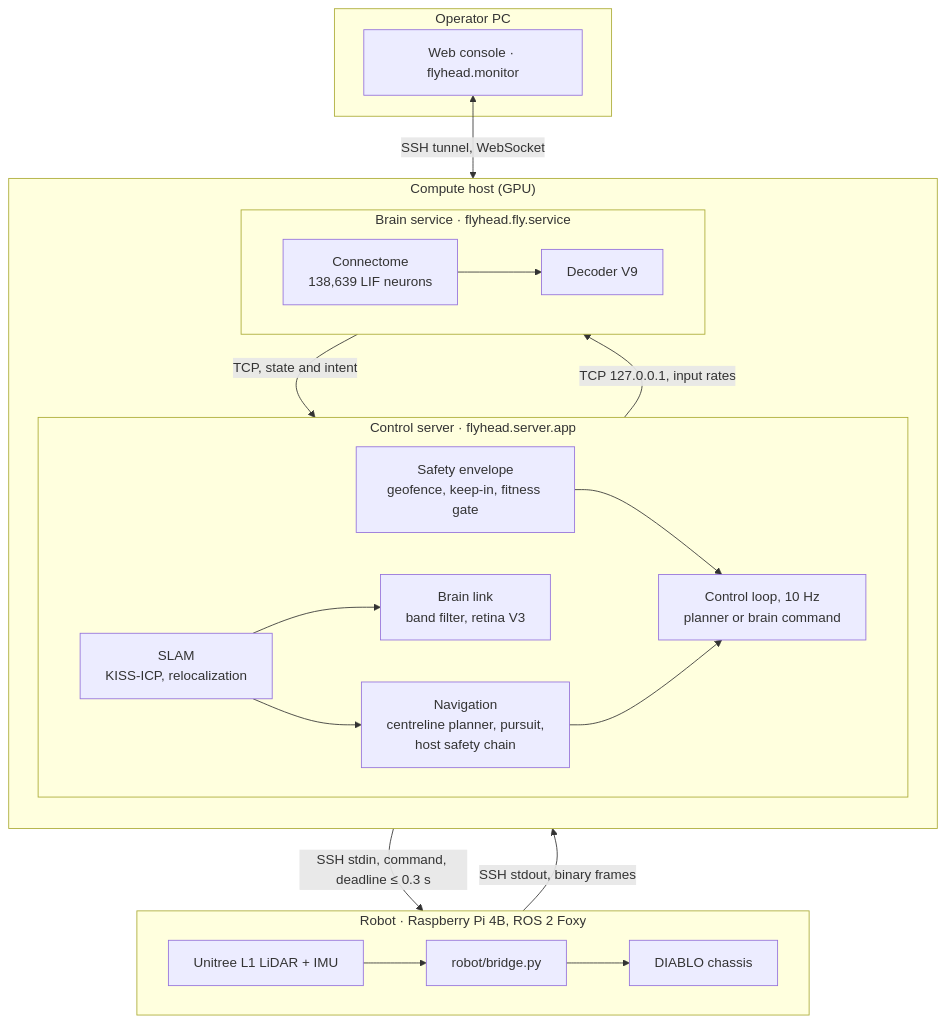
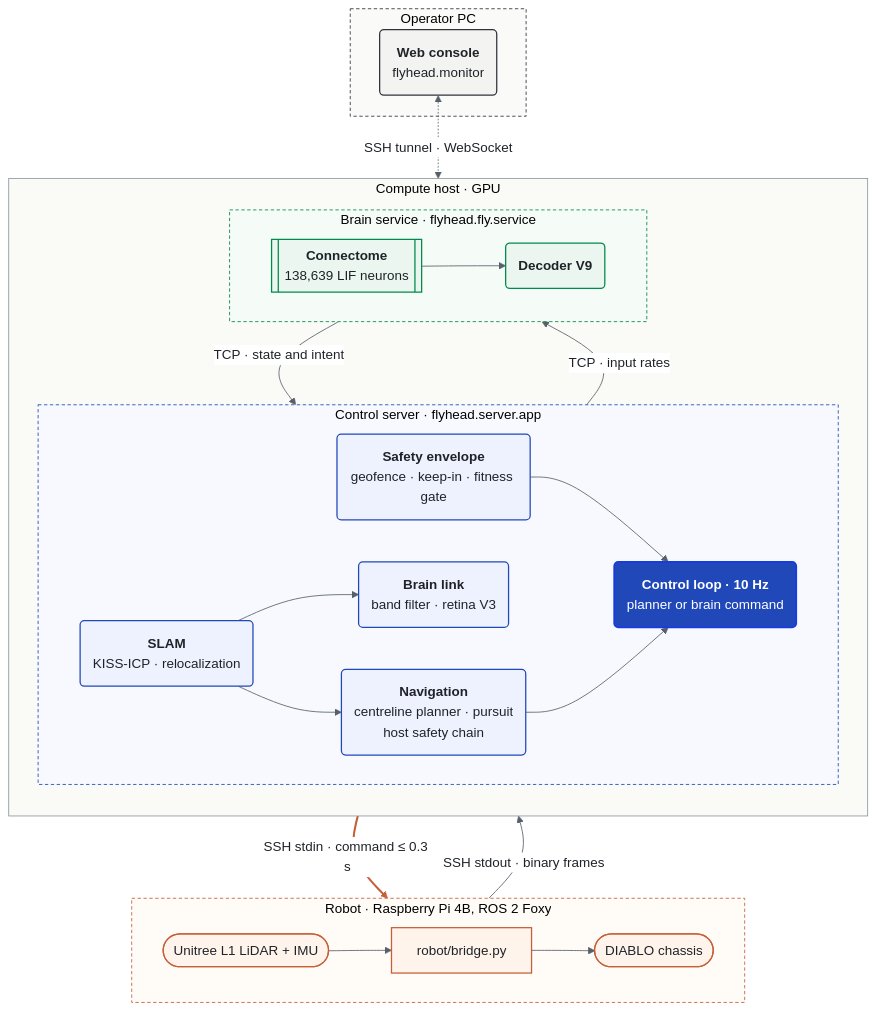
One commit to 12sqawdwq/FlyHead changed the first of 2 diagrams in README.md. Above: the diagram before and after it, drawn with Mermaid. The commit also changed other lines of this file and 1 other file, not shown here.

Commit message:
README: styled Mermaid diagrams
- deployment flowchart: tier colours (robot terracotta, control server cobalt, GPU brain green,
  operator PC charcoal), dashed tier frames, shapes by role (hardware, software, GPU compute),
  the control loop as the key node and the leased command path highlighted
- decision-window sequence: numbered steps, coloured participant groups and three shaded phases
  (perception and encoding, connectome on the GPU, gating and execution)
- the same in README.zh-CN.md; checked with Mermaid 11

````diff
--- a/README.md
+++ b/README.md
@@ -220,29 +220,47 @@
 ```mermaid
+%%{init: {'theme': 'base', 'themeVariables': {'primaryColor': '#EEF2FF', 'primaryBorderColor': '#2148B8', 'primaryTextColor': '#1F2328', 'lineColor': '#57606A', 'clusterBkg': '#FAFAF7', 'clusterBorder': '#D0D7DE', 'edgeLabelBackground': '#FFFFFF', 'actorBkg': '#FFFFFF', 'actorBorder': '#57606A', 'signalColor': '#57606A', 'signalTextColor': '#1F2328', 'noteBkgColor': '#FFF4EC', 'noteBorderColor': '#C65F38', 'sequenceNumberColor': '#FFFFFF'}}}%%
 flowchart TB
     subgraph BOT["Robot · Raspberry Pi 4B, ROS 2 Foxy"]
         direction LR
-        SENS["Unitree L1 LiDAR + IMU"] --> BR["robot/bridge.py"] --> CH["DIABLO chassis"]
+        SENS(["Unitree L1 LiDAR + IMU"]) --> BR["robot/bridge.py"] --> CH(["DIABLO chassis"])
     end
-    subgraph HOST["Compute host (GPU)"]
+    subgraph HOST["Compute host · GPU"]
         direction TB
         subgraph SRV["Control server · flyhead.server.app"]
             direction LR
-            SLAM["SLAM<br/>KISS-ICP, relocalization"] --> NAV["Navigation<br/>centreline planner, pursuit,<br/>host safety chain"]
-            SLAM --> LINK["Brain link<br/>band filter, retina V3"]
-            ENV["Safety envelope<br/>geofence, keep-in, fitness gate"] --> CTRL["Control loop, 10 Hz<br/>planner or brain command"]
+            SLAM("<b>SLAM</b><br/>KISS-ICP · relocalization") --> NAV("<b>Navigation</b><br/>centreline planner · pursuit<br/>host safety chain")
+            SLAM --> LINK("<b>Brain link</b><br/>band filter · retina V3")
+            ENV("<b>Safety envelope</b><br/>geofence · keep-in · fitness gate") --> CTRL("<b>Control loop · 10 Hz</b><br/>planner or brain command")
             NAV --> CTRL
         end
         subgraph SVC["Brain service · flyhead.fly.service"]
             direction LR
-            CON["Connectome<br/>138,639 LIF neurons"] --> DEC["Decoder V9"]
+            CON[["<b>Connectome</b><br/>138,639 LIF neurons"]] --> DEC("<b>Decoder V9</b>")
         end
     end
     subgraph PC["Operator PC"]
-        UI["Web console · flyhead.monitor"]
+        UI("<b>Web console</b><br/>flyhead.monitor")
     end
-    BR -->|"SSH stdout, binary frames"| SLAM
-    LINK -->|"TCP 127.0.0.1, input rates"| CON
-    DEC -->|"TCP, state and intent"| ENV
-    CTRL -->|"SSH stdin, command, deadline ≤ 0.3 s"| BR
-    UI <-->|"SSH tunnel, WebSocket"| CTRL
+    BR -->|"SSH stdout · binary frames"| SLAM
+    LINK -->|"TCP · input rates"| CON
+    DEC -->|"TCP · state and intent"| ENV
+    CTRL ==>|"SSH stdin · command ≤ 0.3 s"| BR
+    UI <-.->|"SSH tunnel · WebSocket"| CTRL
+
+    classDef robot fill:#FFF4EC,stroke:#C65F38,stroke-width:1.5px,color:#1F2328
+    classDef server fill:#EEF2FF,stroke:#2148B8,stroke-width:1.5px,color:#1F2328
+    classDef brain fill:#EAF6EF,stroke:#008A4B,stroke-width:1.5px,color:#1F2328
+    classDef pc fill:#F3F3F1,stroke:#30343A,stroke-width:1.5px,color:#1F2328
+    classDef key fill:#2148B8,stroke:#173AE3,stroke-width:2px,color:#FFFFFF
+    class SENS,BR,CH robot
+    class SLAM,NAV,LINK,ENV server
+    class CTRL key
+    class CON,DEC brain
+    class UI pc
+    style BOT fill:#FFFBF7,stroke:#C65F38,stroke-dasharray:4 3
+    style HOST fill:#FAFAF7,stroke:#8C959F
+    style SRV fill:#F7F9FF,stroke:#2148B8,stroke-dasharray:4 3
+    style SVC fill:#F5FBF7,stroke:#008A4B,stroke-dasharray:4 3
+    style PC fill:#FAFAF9,stroke:#30343A,stroke-dasharray:4 3
+    linkStyle 10 stroke:#C65F38,stroke-width:2.5px
 ```
````
